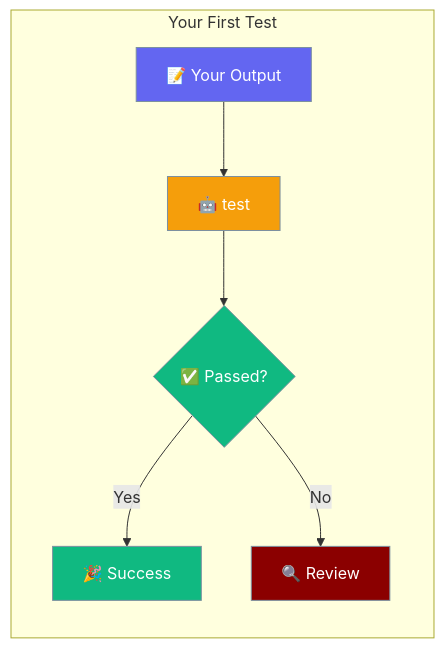
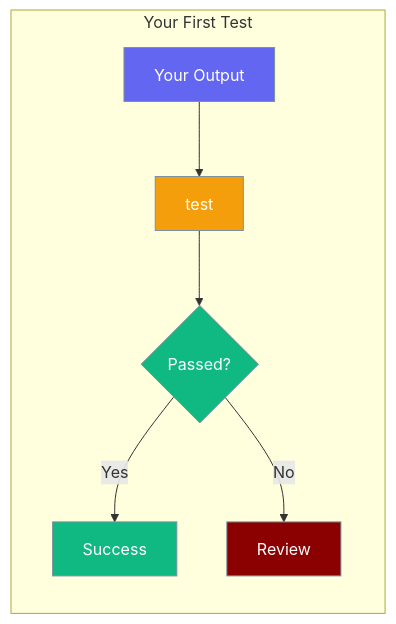
The diagram in docs/getting-started/quickstart.md (MervinPraison/TestAgent), drawn with Mermaid before and after one commit. The commit also changed 4 other files, not shown here.

Commit message:
fix: Remove emojis from mermaid diagrams for compatibility

````diff
--- a/docs/getting-started/quickstart.md
+++ b/docs/getting-started/quickstart.md
@@ -5,19 +5,19 @@
 ```mermaid
 graph LR
     subgraph "Your First Test"
-        A[📝 Your Output] --> B[🤖 test]
-        B --> C{✅ Passed?}
-        C -->|Yes| D[🎉 Success]
-        C -->|No| E[🔍 Review]
+        A[Your Output] --> B[test]
+        B --> C{Passed?}
+        C -->|Yes| D[Success]
+        C -->|No| E[Review]
     end
     
     classDef input fill:#6366F1,stroke:#7C90A0,color:#fff
     classDef process fill:#F59E0B,stroke:#7C90A0,color:#fff
     classDef success fill:#10B981,stroke:#7C90A0,color:#fff
     classDef review fill:#8B0000,stroke:#7C90A0,color:#fff
     
     class A input
     class B process
     class C,D success
     class E review
 ```
````
